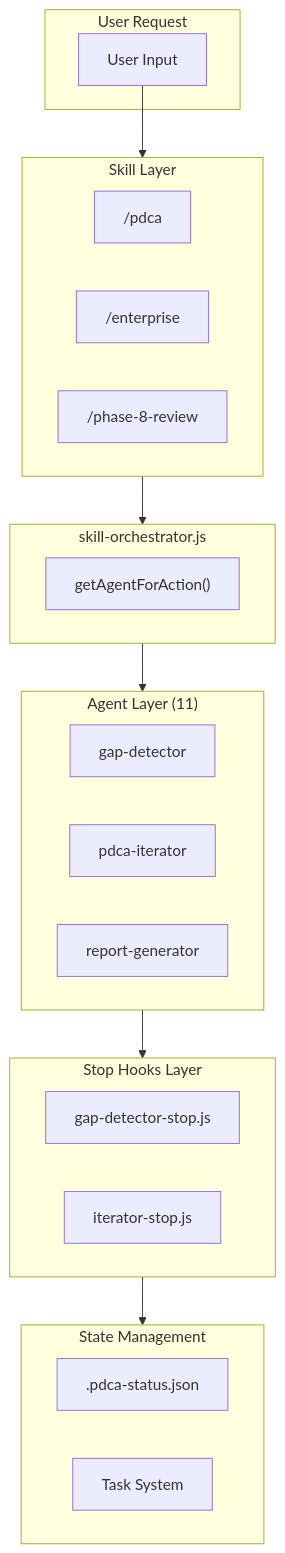
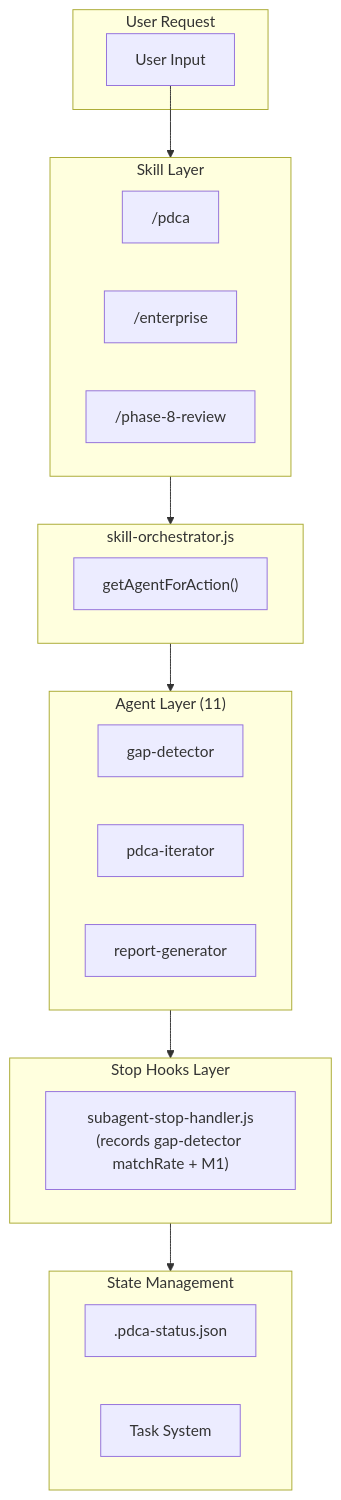
Before and after one commit to dizzybeaver/bkit-claude-code: the first of 2 diagrams in bkit-system/README.md, drawn with Mermaid. The commit also changed other lines of this file and 23 other files, not shown here.

````diff
--- a/bkit-system/README.md
+++ b/bkit-system/README.md
@@ -97,38 +97,37 @@
 ```mermaid
 flowchart TB
     subgraph UserLayer["User Request"]
         UR[User Input]
     end
 
     subgraph SkillLayer["Skill Layer"]
         PDCA["/pdca"]
         ENT["/enterprise"]
         P8["/phase-8-review"]
     end
 
     subgraph Orchestrator["skill-orchestrator.js"]
         GAA["getAgentForAction()"]
     end
 
     subgraph AgentLayer["Agent Layer (11)"]
         GD["gap-detector"]
         PI["pdca-iterator"]
         RG["report-generator"]
     end
 
     subgraph StopHooks["Stop Hooks Layer"]
-        GDS["gap-detector-stop.js"]
-        ITS["iterator-stop.js"]
+        SSH["subagent-stop-handler.js<br/>(records gap-detector matchRate + M1)"]
     end
 
     subgraph StateLayer["State Management"]
         PDS[".pdca-status.json"]
         TASK["Task System"]
     end
 
     UR --> SkillLayer
     SkillLayer --> Orchestrator
     Orchestrator --> AgentLayer
     AgentLayer --> StopHooks
     StopHooks --> StateLayer
 ```
````
